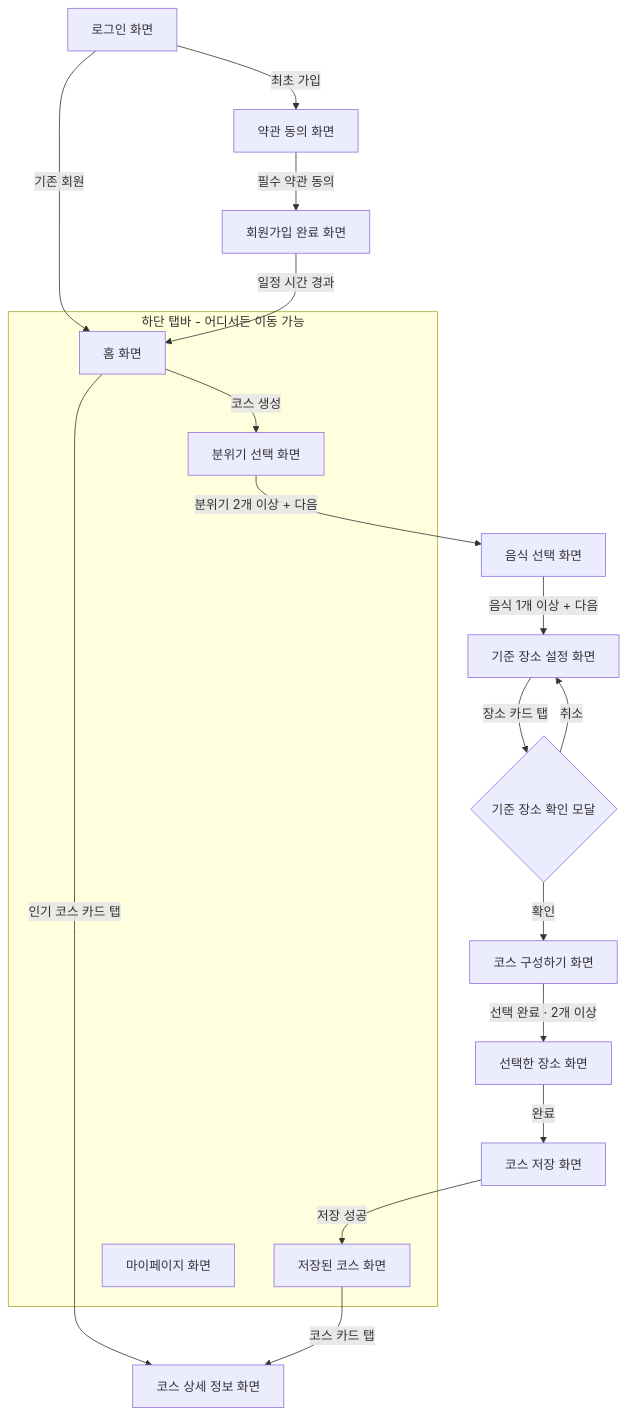
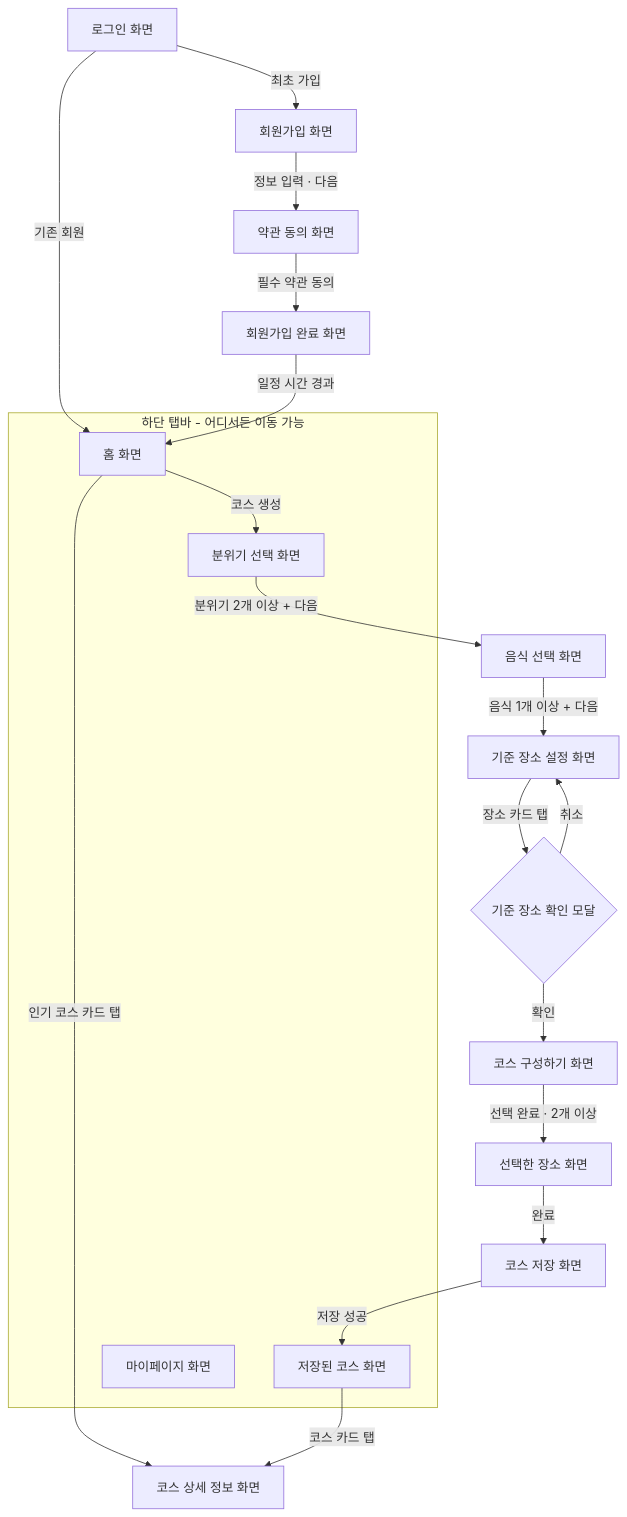
Before and after one commit to UMC-TODAIT/TODAIT_AOS: the diagram in README.md, drawn with Mermaid. The commit also changed other lines of this file and 2 other files, not shown here.

First line of the commit message:
feat: 회원가입 화면 추가 및 문서 버전 정합

````diff
--- a/README.md
+++ b/README.md
@@ -127,27 +129,28 @@
 ```mermaid
 flowchart TD
-    Login[로그인 화면] -->|최초 가입| Terms[약관 동의 화면]
+    Login[로그인 화면] -->|최초 가입| Signup[회원가입 화면]
     Login -->|기존 회원| Home[홈 화면]
+    Signup -->|정보 입력 · 다음| Terms[약관 동의 화면]
     Terms -->|필수 약관 동의| SignupComplete[회원가입 완료 화면]
     SignupComplete -->|일정 시간 경과| Home
 
     Home -->|코스 생성| Mood[분위기 선택 화면]
     Home -->|인기 코스 카드 탭| CourseDetail[코스 상세 정보 화면]
 
     Mood -->|분위기 2개 이상 + 다음| Food[음식 선택 화면]
     Food -->|음식 1개 이상 + 다음| BasePlace[기준 장소 설정 화면]
     BasePlace -->|장소 카드 탭| Confirm{기준 장소 확인 모달}
     Confirm -->|확인| Compose[코스 구성하기 화면]
     Confirm -->|취소| BasePlace
     Compose -->|선택 완료 · 2개 이상| Selected[선택한 장소 화면]
     Selected -->|완료| Save[코스 저장 화면]
     Save -->|저장 성공| Saved[저장된 코스 화면]
     Saved -->|코스 카드 탭| CourseDetail
 
     subgraph BottomTab[하단 탭바 - 어디서든 이동 가능]
         Home
         Mood
         Saved
         MyPage[마이페이지 화면]
     end
 ```
````
